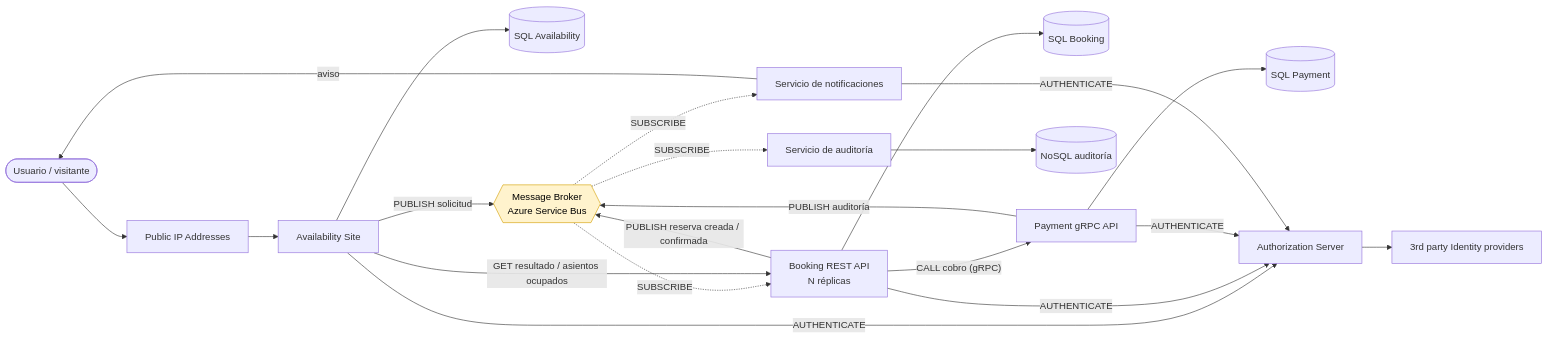
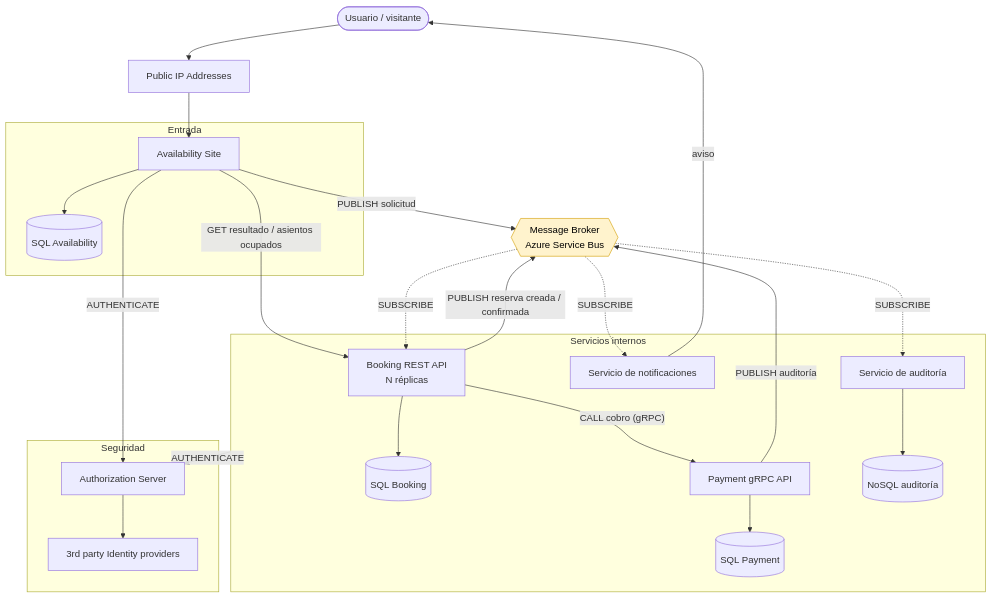
Before and after one commit to mhuyema/tpProgra4_: the first of 7 diagrams in README.md, drawn with Mermaid. The commit also changed other lines of this file, not shown here.

Commit message:
README: diagrama general vertical y agrupado, guiones de la demo y CAP en el 3g
El diagrama general pasa a TB con bloques Entrada, Servicios internos y Seguridad. Agrega los guiones del happy path y del caso de fallo, la línea del teorema CAP, una sola fila para Gianni y saca Telegram de Notificaciones.

````diff
--- a/README.md
+++ b/README.md
@@ -27,41 +26,48 @@
 ```mermaid
-flowchart LR
-    U([Usuario / visitante])
-    IP[Public IP Addresses]
-    AV[Availability Site]
-    AVDB[(SQL Availability)]
+flowchart TB
+    U([Usuario / visitante]) --> IP[Public IP Addresses]
+
+    subgraph ENT[Entrada]
+        AV[Availability Site]
+        AVDB[(SQL Availability)]
+    end
+
     MB{{Message Broker<br/>Azure Service Bus}}
-    BK[Booking REST API<br/>N réplicas]
-    BKDB[(SQL Booking)]
-    PY[Payment gRPC API]
-    PYDB[(SQL Payment)]
-    AS[Authorization Server]
-    IDP[3rd party Identity providers]
-    NT[Servicio de notificaciones]
-    AL[Servicio de auditoría]
-    ALDB[(NoSQL auditoría)]
 
-    U --> IP --> AV
+    subgraph INT[Servicios internos]
+        BK[Booking REST API<br/>N réplicas]
+        BKDB[(SQL Booking)]
+        PY[Payment gRPC API]
+        PYDB[(SQL Payment)]
+        NT[Servicio de notificaciones]
+        AL[Servicio de auditoría]
+        ALDB[(NoSQL auditoría)]
+    end
+
+    subgraph SEG[Seguridad]
+        AS[Authorization Server]
+        IDP[3rd party Identity providers]
+    end
+
+    IP --> AV
     AV --> AVDB
     AV -- "PUBLISH solicitud" --> MB
+    AV -- "GET resultado / asientos ocupados" --> BK
     MB -. "SUBSCRIBE" .-> BK
-    AV -- "GET resultado / asientos ocupados" --> BK
     BK --> BKDB
     BK -- "CALL cobro (gRPC)" --> PY
     PY --> PYDB
     BK -- "PUBLISH reserva creada / confirmada" --> MB
+    PY -- "PUBLISH auditoría" --> MB
     MB -. "SUBSCRIBE" .-> NT
-    NT -- "aviso" --> U
-    PY -- "PUBLISH auditoría" --> MB
     MB -. "SUBSCRIBE" .-> AL
     AL --> ALDB
+    NT -- "aviso" --> U
 
-    AV -- AUTHENTICATE --> AS
-    BK -- AUTHENTICATE --> AS
-    PY -- AUTHENTICATE --> AS
-    NT -- AUTHENTICATE --> AS
+    AV -- "AUTHENTICATE" --> AS
+    INT -- "AUTHENTICATE" --> AS
     AS --> IDP
 
     classDef ec fill:#fff3cd,stroke:#d39e00,color:#000
     class MB ec
 ```
````
